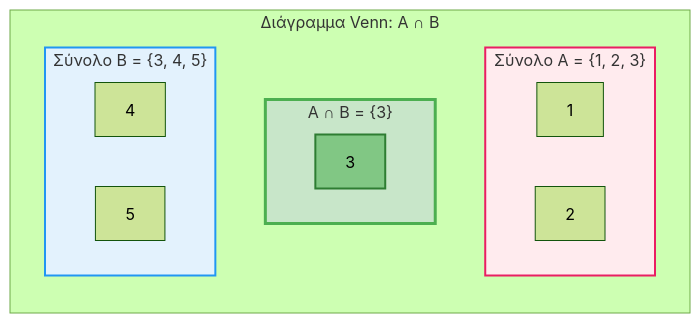
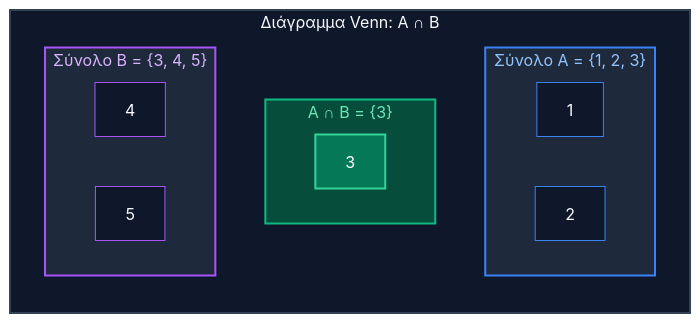
The second of 6 diagrams in Year_1/Semester_2/DISCRETE_MATHEMATICS/Resources/Notes/02_set_operations_and_venn.md (PanagopoulosNikolaos/DitOpenNotes), drawn with Mermaid (forest theme) before and after one commit. The commit also changed other lines of this file, not shown here.

Commit message:
docs: update notes on set operations and Venn diagrams

````diff
--- a/Year_1/Semester_2/DISCRETE_MATHEMATICS/Resources/Notes/02_set_operations_and_venn.md
+++ b/Year_1/Semester_2/DISCRETE_MATHEMATICS/Resources/Notes/02_set_operations_and_venn.md
@@ -47,24 +50,29 @@
 ```mermaid
 graph LR
     subgraph Venn ["Διάγραμμα Venn: A ∩ B"]
         subgraph SetA ["Σύνολο A = {1, 2, 3}"]
             a1[1]
             a2[2]
         end
         
         subgraph Overlap ["A ∩ B = {3}"]
             common[3]
         end
         
         subgraph SetB ["Σύνολο B = {3, 4, 5}"]
             b4[4]
             b5[5]
         end
     end
     
-    style SetA fill:#ffebee,stroke:#e91e63,stroke-width:2px
-    style SetB fill:#e3f2fd,stroke:#2196f3,stroke-width:2px
-    style Overlap fill:#c8e6c9,stroke:#4caf50,stroke-width:3px
-    style common fill:#81c784,stroke:#2e7d32,stroke-width:2px
+    style Venn fill:#0f172a,stroke:#334155,stroke-width:2px,color:#f8fafc
+    style SetA fill:#1e293b,stroke:#3b82f6,stroke-width:2px,color:#93c5fd
+    style SetB fill:#1e293b,stroke:#a855f7,stroke-width:2px,color:#d8b4fe
+    style Overlap fill:#064e3b,stroke:#10b981,stroke-width:2px,color:#6ee7b7
+    style a1 fill:#0f172a,stroke:#3b82f6,color:#f8fafc
+    style a2 fill:#0f172a,stroke:#3b82f6,color:#f8fafc
+    style b4 fill:#0f172a,stroke:#a855f7,color:#f8fafc
+    style b5 fill:#0f172a,stroke:#a855f7,color:#f8fafc
+    style common fill:#047857,stroke:#34d399,stroke-width:2px,color:#ffffff
 
 ```
````
